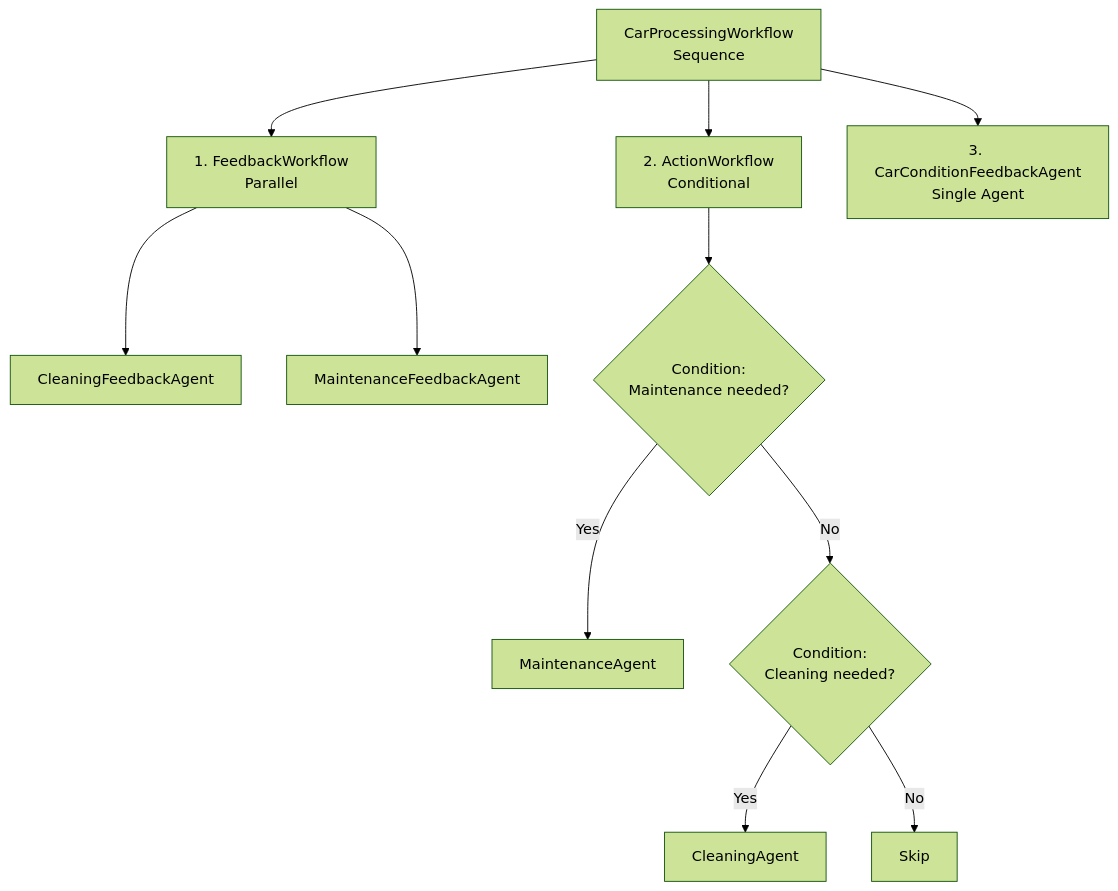
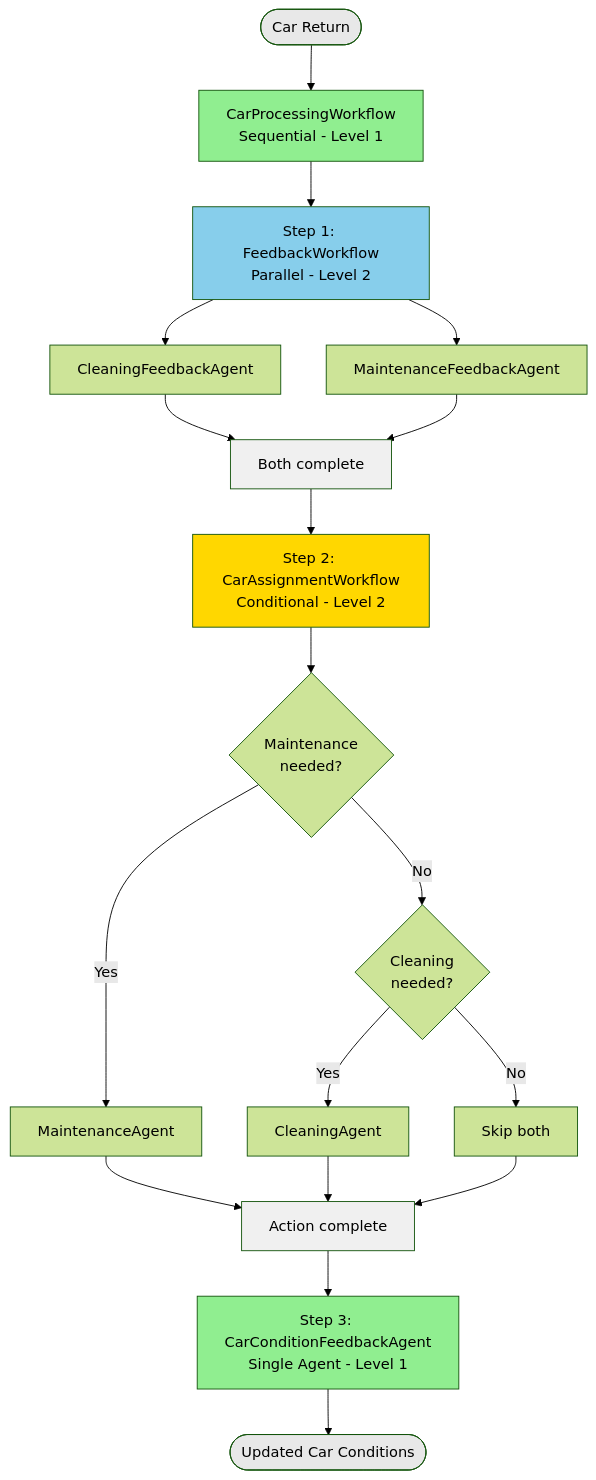
The third of 6 diagrams in docs/docs/section-2/step-03.md (quarkusio/quarkus-workshop-langchain4j), drawn with Mermaid (forest theme) before and after one commit. The commit also changed other lines of this file and 6 other files, not shown here.

````diff
--- a/docs/docs/section-2/step-03.md
+++ b/docs/docs/section-2/step-03.md
@@ -33,15 +115,32 @@
 ```mermaid
-graph TD
-    A[CarProcessingWorkflow<br/>Sequence] --> B[1. FeedbackWorkflow<br/>Parallel]
-    A --> C[2. ActionWorkflow<br/>Conditional]
-    A --> D[3. CarConditionFeedbackAgent<br/>Single Agent]
-
+graph TB
+    Start([Car Return]) --> A[CarProcessingWorkflow<br/>Sequential - Level 1]
+    
+    A --> B[Step 1: FeedbackWorkflow<br/>Parallel - Level 2]
     B --> B1[CleaningFeedbackAgent]
     B --> B2[MaintenanceFeedbackAgent]
-
-    C --> C1{Condition:<br/>Maintenance needed?}
+    B1 --> BEnd[Both complete]
+    B2 --> BEnd
+    
+    BEnd --> C[Step 2: CarAssignmentWorkflow<br/>Conditional - Level 2]
+    C --> C1{Maintenance<br/>needed?}
     C1 -->|Yes| C2[MaintenanceAgent]
-    C1 -->|No| C3{Condition:<br/>Cleaning needed?}
+    C1 -->|No| C3{Cleaning<br/>needed?}
     C3 -->|Yes| C4[CleaningAgent]
-    C3 -->|No| C5[Skip]
+    C3 -->|No| C5[Skip both]
+    C2 --> CEnd[Action complete]
+    C4 --> CEnd
+    C5 --> CEnd
+    
+    CEnd --> D[Step 3: CarConditionFeedbackAgent<br/>Single Agent - Level 1]
+    D --> End([Updated Car Conditions])
+    
+    style A fill:#90EE90
+    style B fill:#87CEEB
+    style C fill:#FFD700
+    style D fill:#90EE90
+    style Start fill:#E8E8E8
+    style End fill:#E8E8E8
+    style BEnd fill:#F0F0F0
+    style CEnd fill:#F0F0F0
 ```
````
